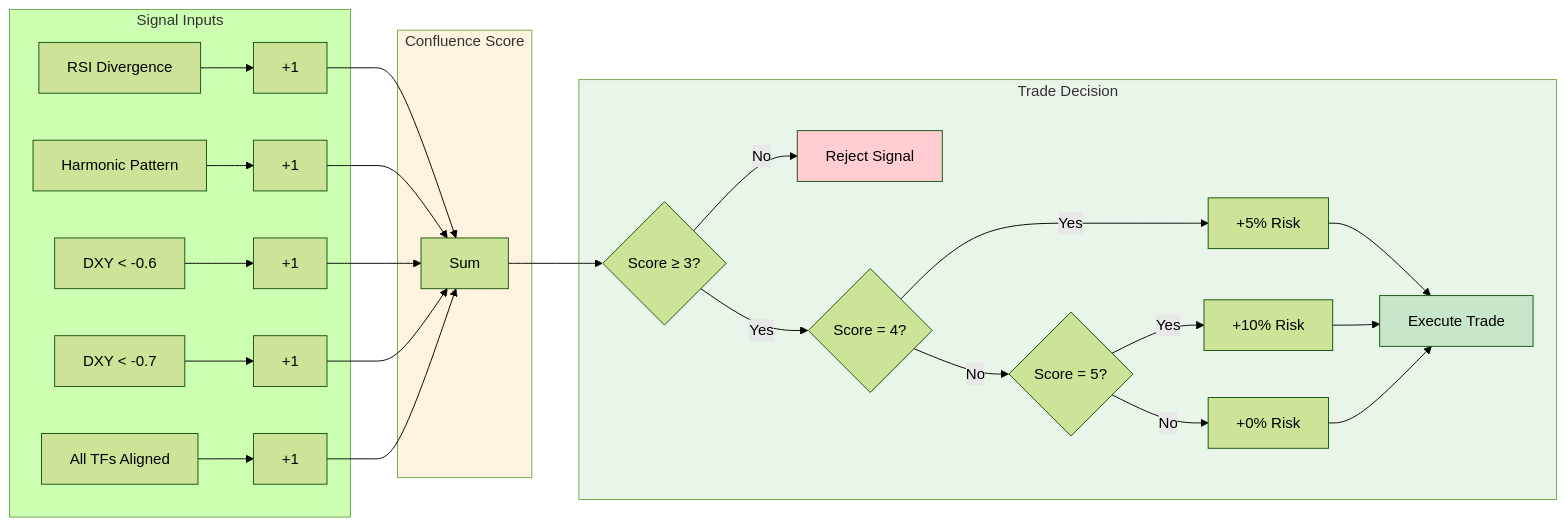
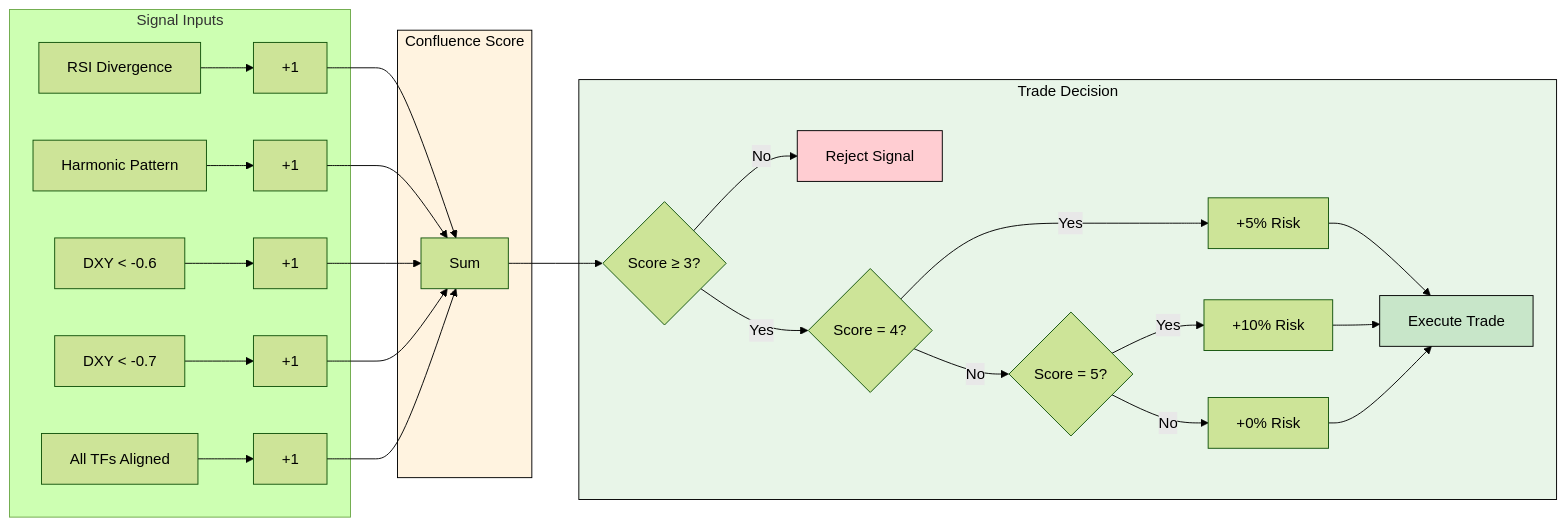
Before and after one commit to keyalgos/Project_Chimera: the fifth of 8 diagrams in README.md, drawn with Mermaid (forest theme). The commit also changed other lines of this file, not shown here.

````diff
--- a/README.md
+++ b/README.md
@@ -515,36 +515,36 @@
 ```mermaid
 flowchart LR
     subgraph Inputs["Signal Inputs"]
         RSI[RSI Divergence] --> S1[+1]
         HARM[Harmonic Pattern] --> S2[+1]
         CORR[DXY < -0.6] --> S3[+1]
         CORR_STR[DXY < -0.7] --> S4[+1]
         TREND[All TFs Aligned] --> S5[+1]
     end
     
     subgraph Score["Confluence Score"]
         S1 --> ADD[Sum]
         S2 --> ADD
         S3 --> ADD
         S4 --> ADD
         S5 --> ADD
     end
     
     subgraph Decision["Trade Decision"]
         ADD --> C3{Score ≥ 3?}
         C3 -->|No| REJECT[Reject Signal]
         C3 -->|Yes| C4{Score = 4?}
         C4 -->|Yes| B5[+5% Risk]
         C4 -->|No| C5{Score = 5?}
         C5 -->|Yes| B10[+10% Risk]
         C5 -->|No| B0[+0% Risk]
         B5 --> EXEC[Execute Trade]
         B10 --> EXEC
         B0 --> EXEC
     end
     
-    style Score fill:#fff3e0
-    style Decision fill:#e8f5e8
-    style REJECT fill:#ffcdd2
-    style EXEC fill:#c8e6c9
+    style Score fill:#fff3e0,stroke:#000,color:#000
+    style Decision fill:#e8f5e8,stroke:#000,color:#000
+    style REJECT fill:#ffcdd2,stroke:#000,color:#000
+    style EXEC fill:#c8e6c9,stroke:#000,color:#000
 ```
````
